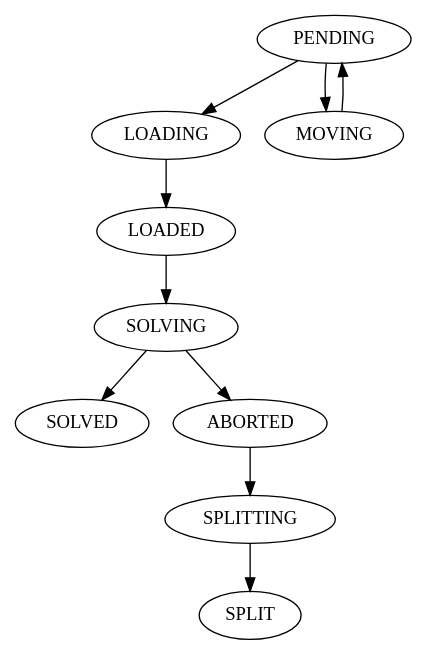
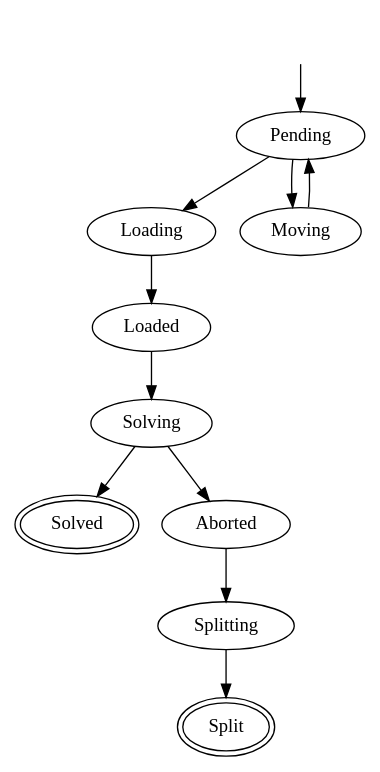
One commit to ivissani/rfm changed the diagram in tesis/graphs/taskstates.dot. Above: the diagram before and after it, drawn with Graphviz. The commit also changed 7 other files, not shown here.

Commit message:
diagramas en pdf

```diff
--- a/tesis/graphs/taskstates.dot
+++ b/tesis/graphs/taskstates.dot
@@ -1,12 +1,16 @@
 
 digraph G {
-	PENDING -> LOADING;
-	PENDING -> MOVING;
-	MOVING -> PENDING;
-	LOADING -> LOADED;
-	LOADED -> SOLVING;
-	SOLVING -> SOLVED;
-	SOLVING -> ABORTED;
-	ABORTED -> SPLITTING;
-	SPLITTING -> SPLIT;
+	Solved [peripheries=2];
+	Split  [peripheries=2];
+	Pending -> Loading;
+	Pending -> Moving;
+	Moving -> Pending;
+	Loading -> Loaded;
+	Loaded -> Solving;
+	Solving -> Solved;
+	Solving -> Aborted;
+	Aborted -> Splitting;
+	Splitting -> Split;
+	falsenode [shape=none, label=""];
+	falsenode -> Pending;
 }
```
